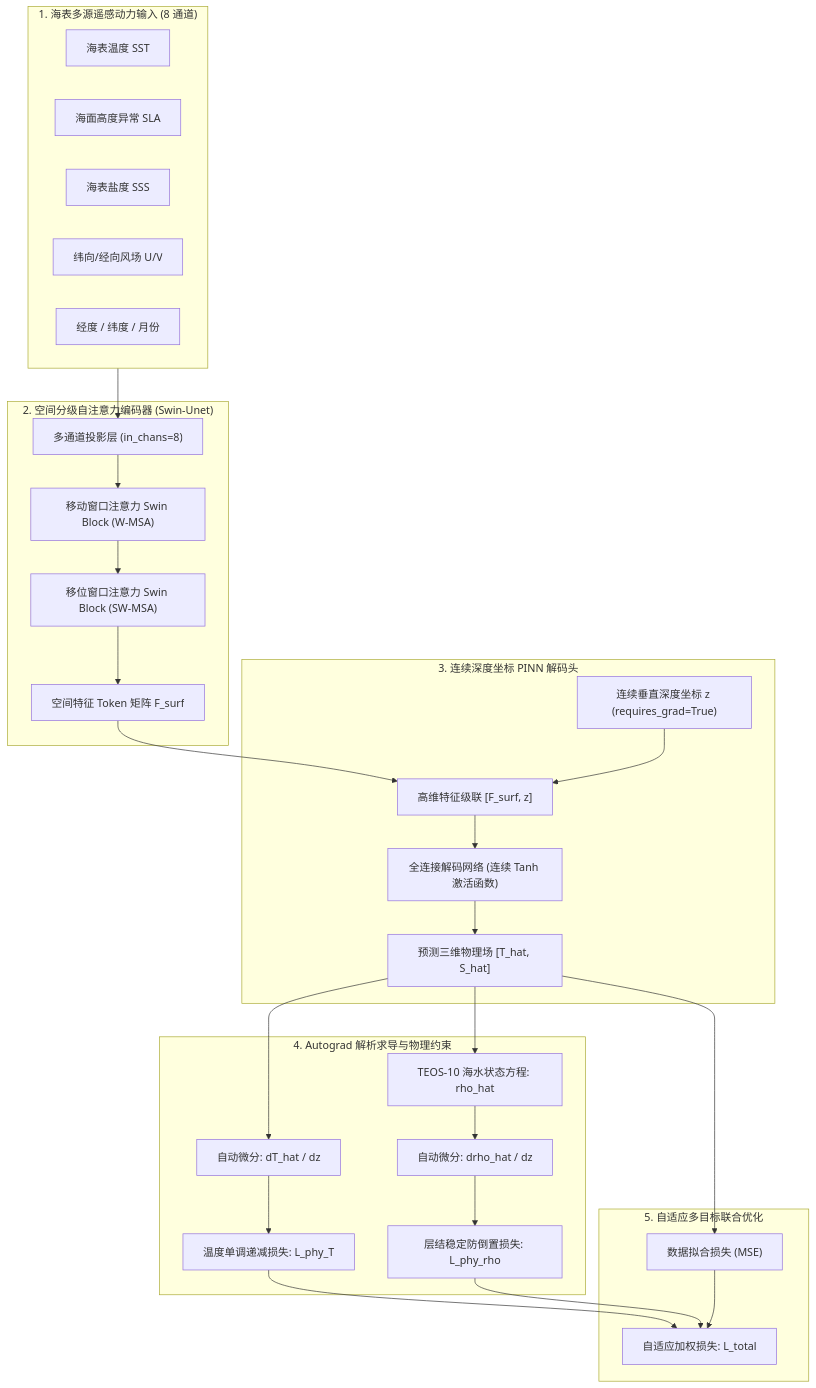
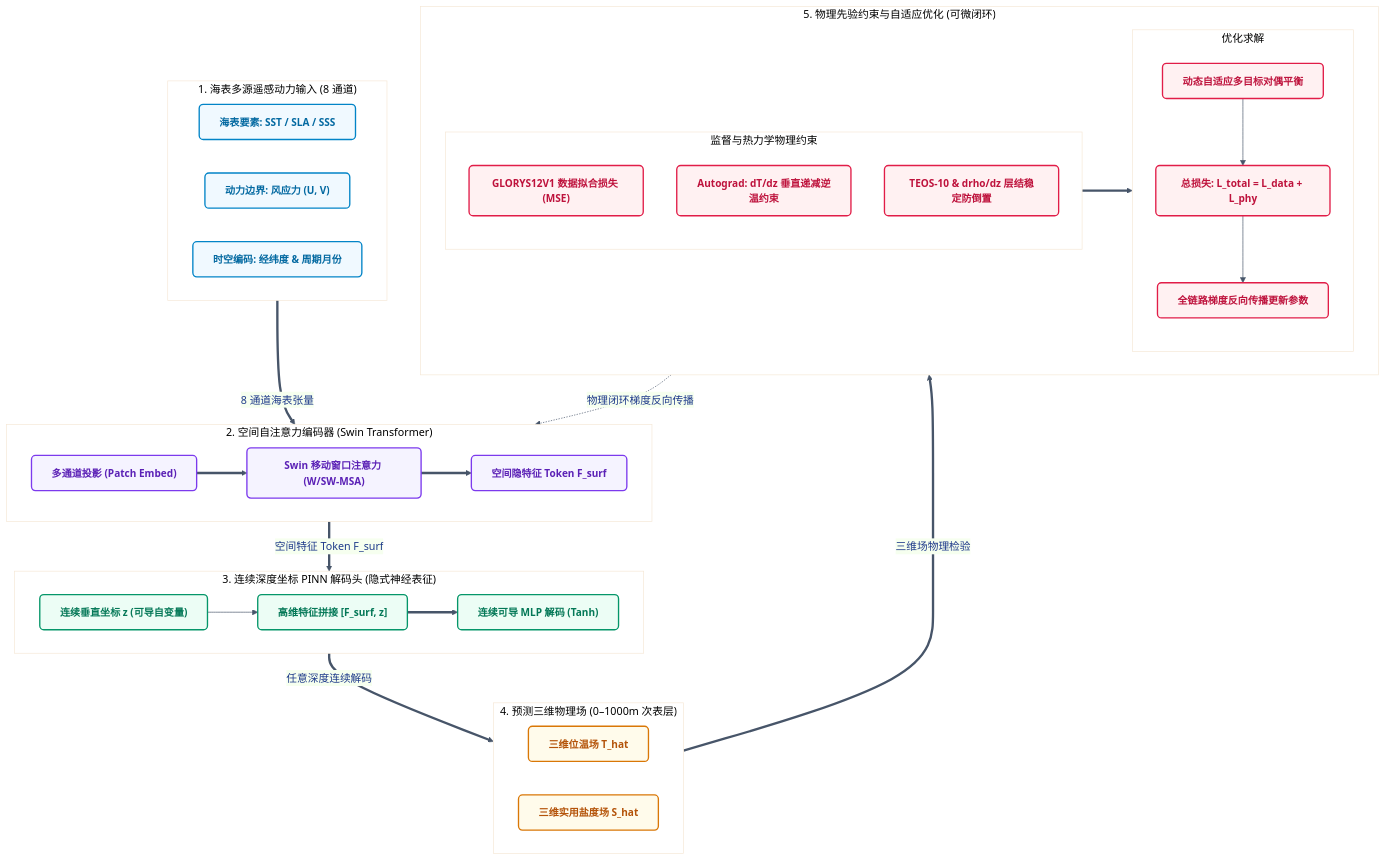
The diagram in README.zh.md (ldray857/Pinn-Ocean), drawn with Mermaid before and after one commit. The commit also changed other lines of this file and 26 other files, not shown here.

````diff
--- a/README.zh.md
+++ b/README.zh.md
@@ -28,48 +53,69 @@
 ```mermaid
+%%{init: {'theme': 'base', 'themeVariables': { 'fontSize': '16px', 'fontFamily': 'system-ui, -apple-system, sans-serif', 'primaryColor': '#eff6ff', 'primaryBorderColor': '#3b82f6', 'primaryTextColor': '#1e3a8a', 'lineColor': '#475569' }}}%%
 flowchart TD
-    subgraph Inputs["1. 海表多源遥感动力输入 (8 通道)"]
-        SST["海表温度 SST"]
-        SLA["海面高度异常 SLA"]
-        SSS["海表盐度 SSS"]
-        Winds["纬向/经向风场 U/V"]
-        Coords["经度 / 纬度 / 月份"]
+    subgraph S1 ["1. 海表多源遥感动力输入 (8 通道)"]
+        direction LR
+        I1["海表要素: SST / SLA / SSS"]
+        I2["动力边界: 风应力 (U, V)"]
+        I3["时空编码: 经纬度 & 周期月份"]
     end
 
-    subgraph Encoder["2. 空间分级自注意力编码器 (Swin-Unet)"]
-        Stem["多通道投影层 (in_chans=8)"]
-        SwinB1["移动窗口注意力 Swin Block (W-MSA)"]
-        SwinB2["移位窗口注意力 Swin Block (SW-MSA)"]
-        Tokens["空间特征 Token 矩阵 F_surf"]
+    subgraph S2 ["2. 空间自注意力编码器 (Swin Transformer)"]
+        direction LR
+        E1["多通道投影 (Patch Embed)"]
+        E2["Swin 移动窗口注意力 (W/SW-MSA)"]
+        E3["空间隐特征 Token F_surf"]
+        E1 ==> E2 ==> E3
     end
 
-    subgraph PINNHead["3. 连续深度坐标 PINN 解码头"]
-        ZCoord["连续垂直深度坐标 z (requires_grad=True)"]
-        Concat["高维特征级联 [F_surf, z]"]
-        MLP["全连接解码网络 (连续 Tanh 激活函数)"]
-        Preds["预测三维物理场 [T_hat, S_hat]"]
+    subgraph S3 ["3. 连续深度坐标 PINN 解码头 (隐式神经表征)"]
+        direction LR
+        D1["连续垂直坐标 z (可导自变量)"]
+        D2["高维特征拼接 [F_surf, z]"]
+        D3["连续可导 MLP 解码 (Tanh)"]
+        D1 --> D2 ==> D3
     end
 
-    subgraph Physics["4. Autograd 解析求导与物理约束"]
-        GradT["自动微分: dT_hat / dz"]
-        LossT["温度单调递减损失: L_phy_T"]
-        TEOS["TEOS-10 海水状态方程: rho_hat"]
-        GradRho["自动微分: drho_hat / dz"]
-        LossRho["层结稳定防倒置损失: L_phy_rho"]
+    subgraph S4 ["4. 预测三维物理场 (0–1000m 次表层)"]
+        direction LR
+        O1["三维位温场 T_hat"]
+        O2["三维实用盐度场 S_hat"]
     end
 
-    subgraph Optimization["5. 自适应多目标联合优化"]
-        LData["数据拟合损失 (MSE)"]
-        LTotal["自适应加权损失: L_total"]
+    subgraph S5 ["5. 物理先验约束与自适应优化 (可微闭环)"]
+        direction LR
+        subgraph S5_1 ["监督与热力学物理约束"]
+            direction TB
+            P_Data["GLORYS12V1 数据拟合损失 (MSE)"]
+            P_Temp["Autograd: dT/dz 垂直递减逆温约束"]
+            P_Rho["TEOS-10 & drho/dz 层结稳定防倒置"]
+        end
+        subgraph S5_2 ["优化求解"]
+            direction TB
+            Opt1["动态自适应多目标对偶平衡"]
+            Opt2["总损失: L_total = L_data + L_phy"]
+            Opt3["全链路梯度反向传播更新参数"]
+            Opt1 --> Opt2 --> Opt3
+        end
+        S5_1 ==> S5_2
     end
 
-    Inputs --> Stem --> SwinB1 --> SwinB2 --> Tokens
-    Tokens --> Concat
-    ZCoord --> Concat
-    Concat --> MLP --> Preds
-    Preds --> LData
-    Preds --> GradT --> LossT
-    Preds --> TEOS --> GradRho --> LossRho
-    LossT --> LTotal
-    LossRho --> LTotal
-    LData --> LTotal
+    S1 ==>|8 通道海表张量| S2
+    S2 ==>|空间特征 Token F_surf| S3
+    S3 ==>|任意深度连续解码| S4
+    S4 ==>|三维场物理检验| S5
+    S5 -. 物理闭环梯度反向传播 .-> S2
+
+    classDef default font-size:15px;
+    classDef inputStyle fill:#F0F9FF,stroke:#0284C7,stroke-width:2px,color:#0369A1,rx:6px,ry:6px,font-size:15px,font-weight:bold;
+    classDef encStyle fill:#F5F3FF,stroke:#7C3AED,stroke-width:2px,color:#5B21B6,rx:6px,ry:6px,font-size:15px,font-weight:bold;
+    classDef pinnStyle fill:#ECFDF5,stroke:#059669,stroke-width:2px,color:#047857,rx:6px,ry:6px,font-size:15px,font-weight:bold;
+    classDef outStyle fill:#FFFBEB,stroke:#D97706,stroke-width:2px,color:#B45309,rx:6px,ry:6px,font-size:15px,font-weight:bold;
+    classDef phyStyle fill:#FFF1F2,stroke:#E11D48,stroke-width:2px,color:#BE123C,rx:6px,ry:6px,font-size:15px,font-weight:bold;
+
+    class I1,I2,I3 inputStyle;
+    class E1,E2,E3 encStyle;
+    class D1,D2,D3 pinnStyle;
+    class O1,O2 outStyle;
+    class P_Data,P_Temp,P_Rho,Opt1,Opt2,Opt3 phyStyle;
 ```
````
